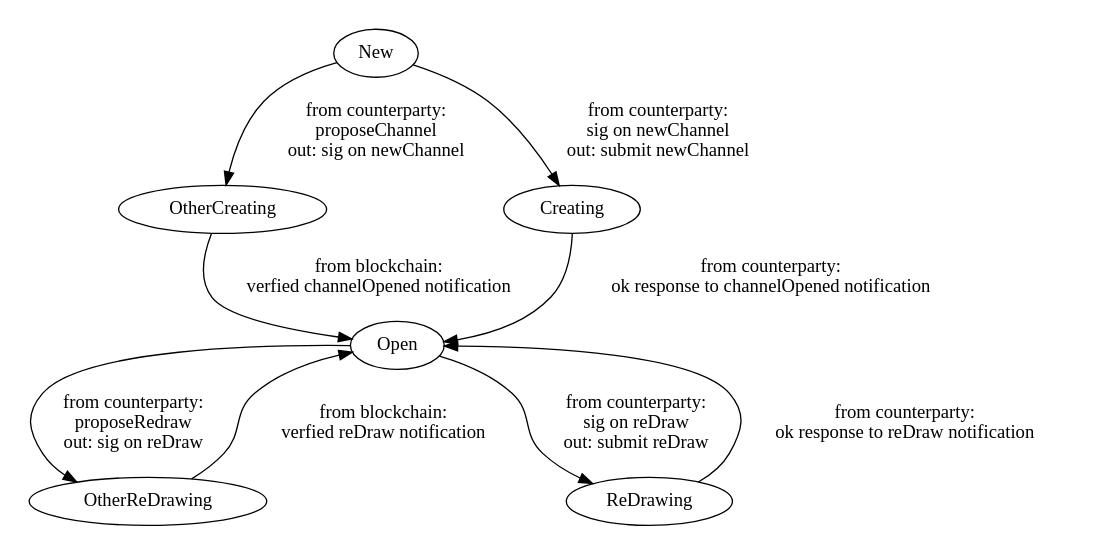
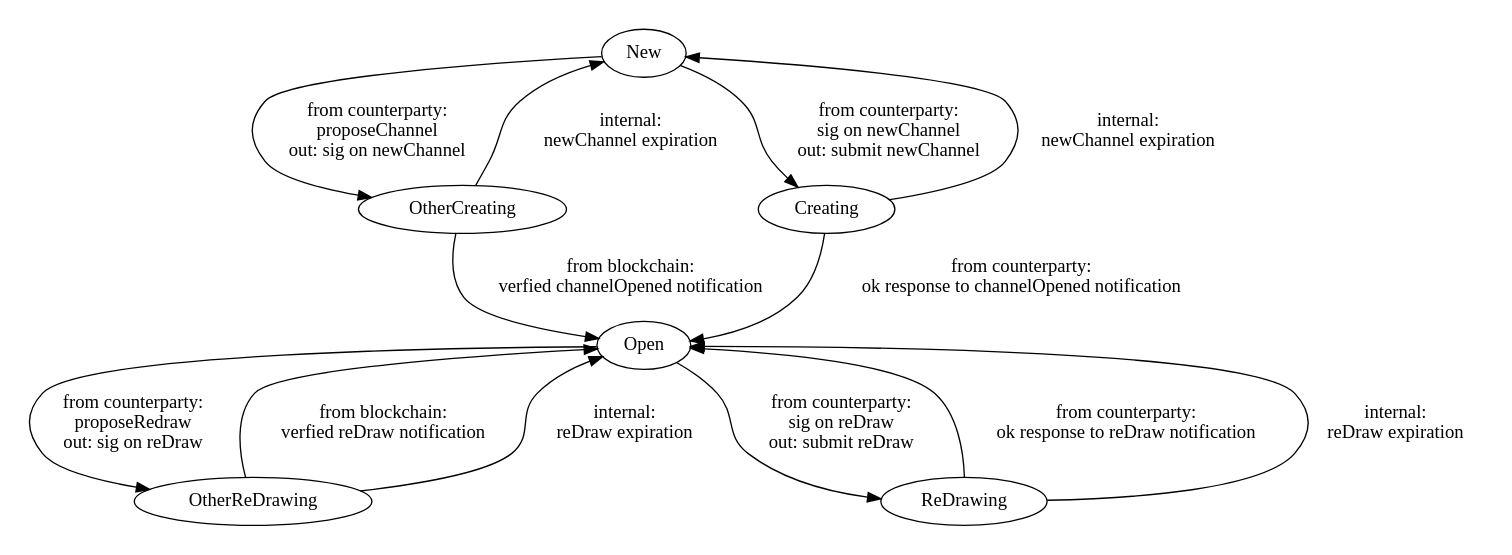
Before and after one commit to althea-net/guac_rs: the diagram in docs/diagrams/src/state_machine.dot, drawn with Graphviz. The commit also changed 3 other files, not shown here.

Commit message:
starting to figure out rust and state machine

```diff
--- a/docs/diagrams/src/state_machine.dot
+++ b/docs/diagrams/src/state_machine.dot
@@ -1,23 +1,28 @@
 // command to render: dot state_machine.dot -Tsvg -o state_machine.svg
 digraph G {
     pad=0.2
 
     New -> OtherCreating [ label="from counterparty:\nproposeChannel\nout: sig on newChannel" ];
     New -> Creating [ label="from counterparty:\nsig on newChannel\nout: submit newChannel" ];
     Creating -> Open [ label="from counterparty:\nok response to channelOpened notification" ];
     OtherCreating -> Open [ label="from blockchain:\nverfied channelOpened notification" ];
 
     Open -> OtherReDrawing [ label="from counterparty:\nproposeRedraw\nout: sig on reDraw" ];
     Open -> ReDrawing [ label="from counterparty:\nsig on reDraw\nout: submit reDraw" ];
     ReDrawing -> Open [ label="from counterparty:\nok response to reDraw notification" ];
     OtherReDrawing -> Open [ label="from blockchain:\nverfied reDraw notification" ];
 
     // New -> OtherProposing [ label="from counterparty:\nproposeChannel" ];
     // Proposing -> OtherCreating [ label="from user:\nfillChannel" ];
     // OtherProposing -> OtherCreating [ label="internal:\nproposeTimer" ];
     // OtherProposing -> Creating [ label="from user:\nfillChannel\nout: " ];
     // OtherCreating -> Open [ label="from chain:\nchannelOpened" ];
-    // OtherCreating -> New [ label="internal:\nnewChannel expiration" ];
-    // Creating -> New [ label="internal:\nnewChannel expiration" ];
+    OtherCreating -> New [ label="internal:\nnewChannel expiration" ];
+    Creating -> New [ label="internal:\nnewChannel expiration" ];
+    OtherReDrawing -> Open [ label="internal:\nreDraw expiration" ];
+    ReDrawing -> Open [ label="internal:\nreDraw expiration" ];
+
+    // Open -> New [ label="internal:\nreDraw expiration" ];
+
     // Open -> Creating [ label="from counterparty:\nnewChannel\n(as response to proposal)" ];
 }
```
